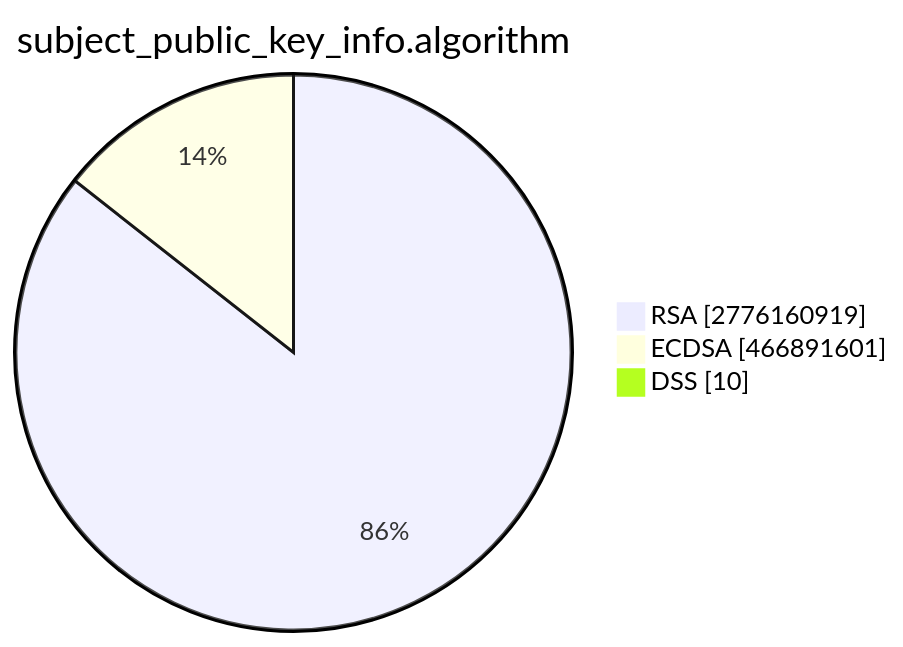
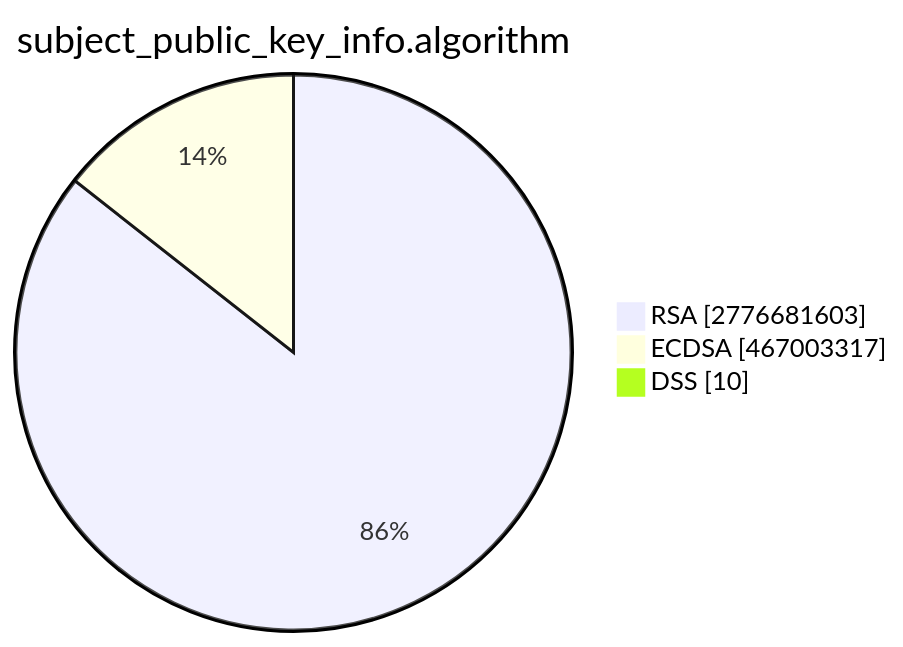
Before and after one commit to christiankrug/ctmonitor_visualization: the second of 15 diagrams in TOTAL/README.md, drawn with Mermaid. The commit also changed other lines of this file, not shown here.

````diff
--- a/TOTAL/README.md
+++ b/TOTAL/README.md
@@ -6,7 +6,7 @@
 ```mermaid
 pie showData
 title subject_public_key_info.algorithm
-"RSA" :2776160919
-"ECDSA" :466891601
+"RSA" :2776681603
+"ECDSA" :467003317
 "DSS" :10
 ```
````
